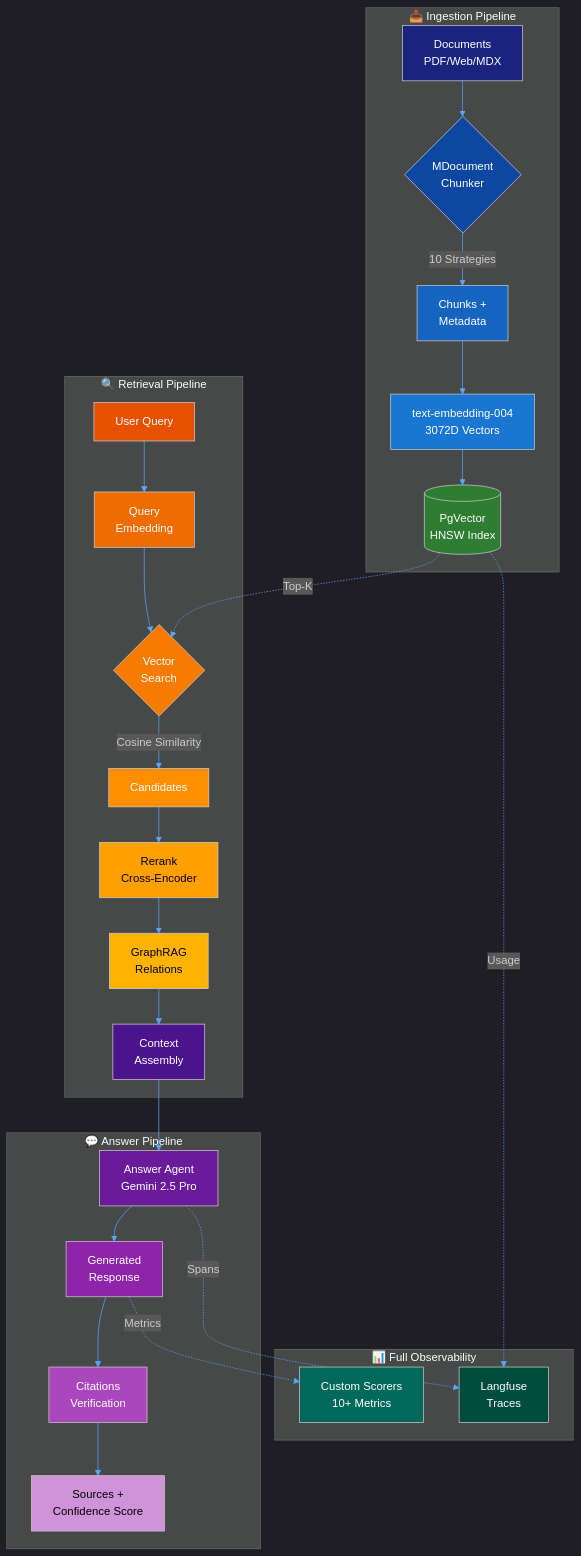
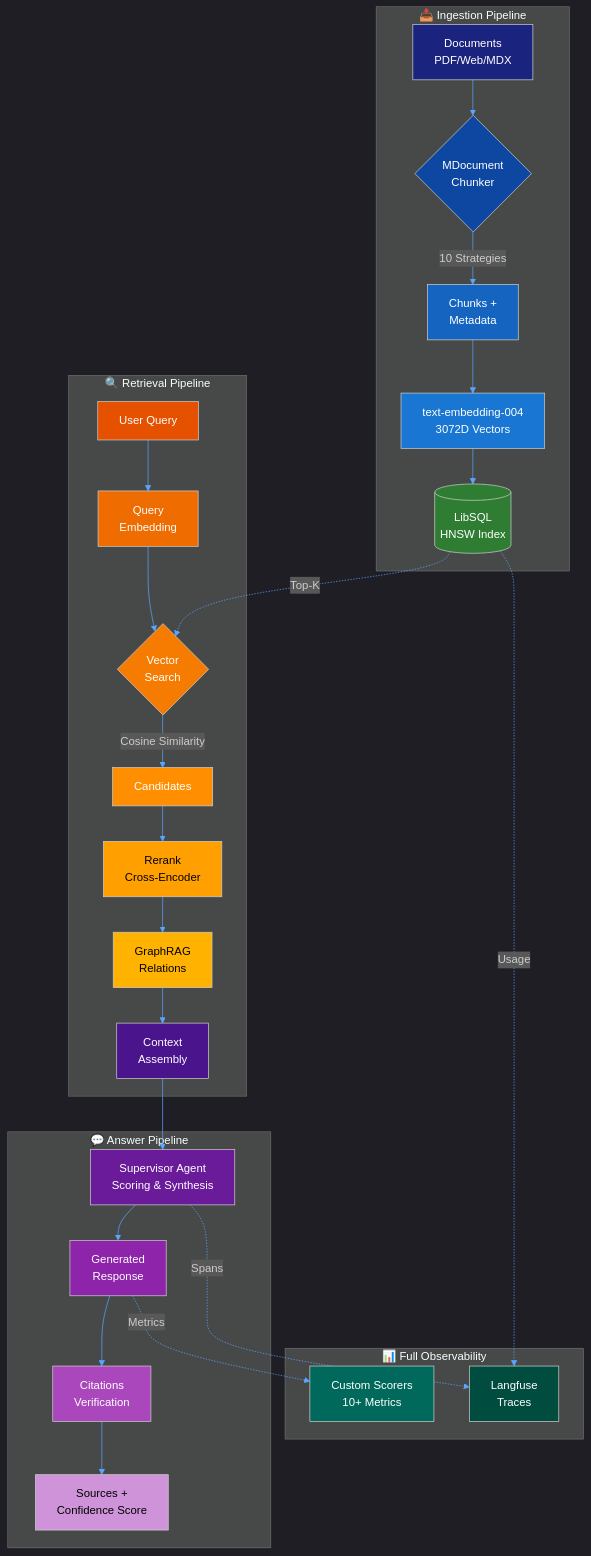
The fourth of 9 diagrams in README.md (ssdeanx/AgentStack), drawn with Mermaid before and after one commit. The commit also changed other lines of this file and 590 other files, not shown here.

````diff
--- a/README.md
+++ b/README.md
@@ -683,52 +936,52 @@
 ```mermaid
 %%{init: {'theme': 'dark', 'themeVariables': { 'primaryColor': '#58a6ff', 'primaryTextColor': '#c9d1d9', 'primaryBorderColor': '#30363d', 'lineColor': '#58a6ff', 'sectionBkgColor': '#161b22', 'altSectionBkgColor': '#0d1117', 'sectionTextColor': '#c9d1d9', 'gridColor': '#30363d', 'tertiaryColor': '#161b22' }}}%%
 flowchart TB
     subgraph Indexing ["📥 Ingestion Pipeline"]
         A[Documents<br/>PDF/Web/MDX] --> B{MDocument<br/>Chunker}
         B -->|10 Strategies| C[Chunks +<br/>Metadata]
         C --> D[text-embedding-004<br/>3072D Vectors]
-        D --> E[(PgVector<br/>HNSW Index)]
+        D --> E[(LibSQL<br/>HNSW Index)]
     end
 
     subgraph Querying ["🔍 Retrieval Pipeline"]
         F[User Query] --> G[Query<br/>Embedding]
         G --> H{Vector<br/>Search}
         E -.->|Top-K| H
         H -->|Cosine Similarity| I[Candidates]
         I --> J[Rerank<br/>Cross-Encoder]
         J --> K[GraphRAG<br/>Relations]
         K --> L[Context<br/>Assembly]
     end
 
     subgraph Generation ["💬 Answer Pipeline"]
-        L --> M[Answer Agent<br/>Gemini 2.5 Pro]
+        L --> M[Supervisor Agent<br/>Scoring & Synthesis]
         M --> N[Generated<br/>Response]
         N --> O[Citations<br/>Verification]
         O --> P[Sources +<br/>Confidence Score]
     end
 
     subgraph Observability ["📊 Full Observability"]
         M -.->|Spans| Q[Langfuse<br/>Traces]
         E -.->|Usage| Q
         N -.->|Metrics| R[Custom Scorers<br/>10+ Metrics]
     end
 
     style A fill:#1a237e,color:#fff
     style B fill:#0d47a1,color:#fff
     style C fill:#1565c0,color:#fff
     style D fill:#1976d2,color:#fff
     style E fill:#2e7d32,color:#fff
     style F fill:#e65100,color:#fff
     style G fill:#ef6c00,color:#fff
     style H fill:#f57c00,color:#fff
     style I fill:#ff8f00,color:#fff
     style J fill:#ffa000,color:#000
     style K fill:#ffb300,color:#000
     style L fill:#4a148c,color:#fff
     style M fill:#6a1b9a,color:#fff
     style N fill:#8e24aa,color:#fff
     style O fill:#ab47bc,color:#fff
     style P fill:#ce93d8,color:#000
     style Q fill:#004d40,color:#fff
     style R fill:#00695c,color:#fff
 ```
````
